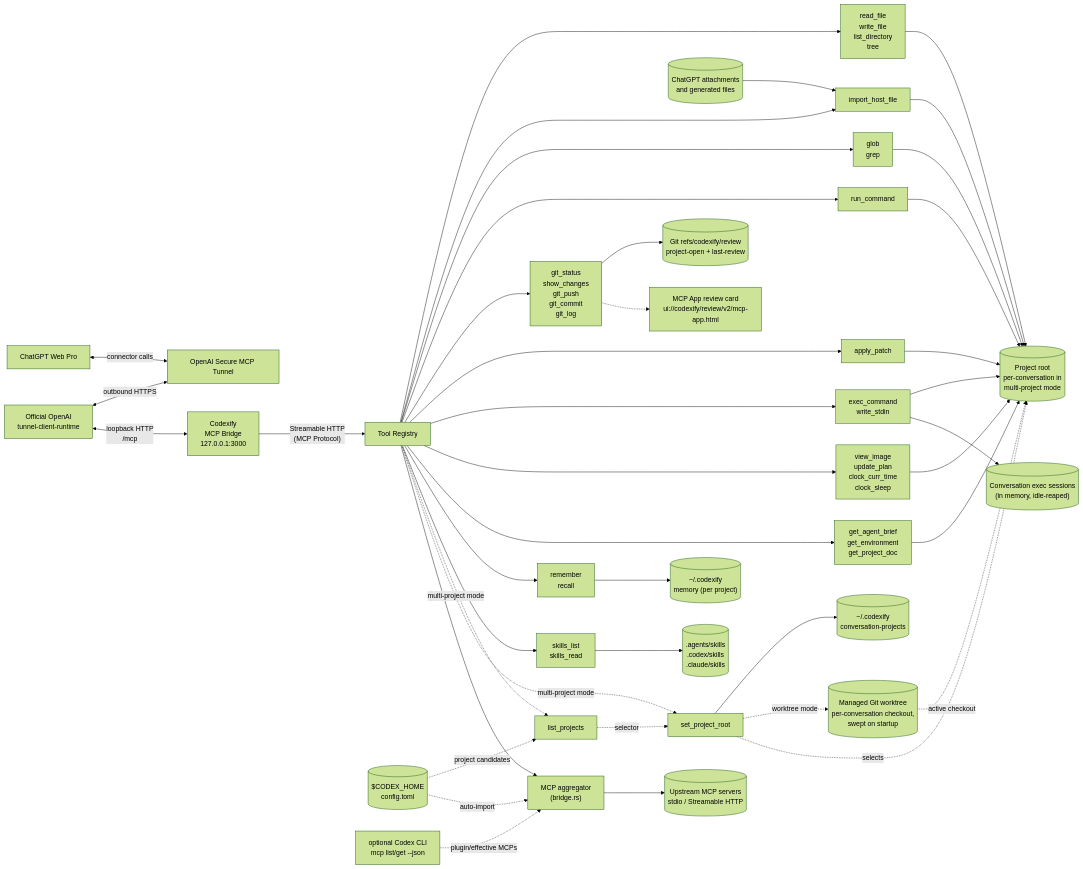
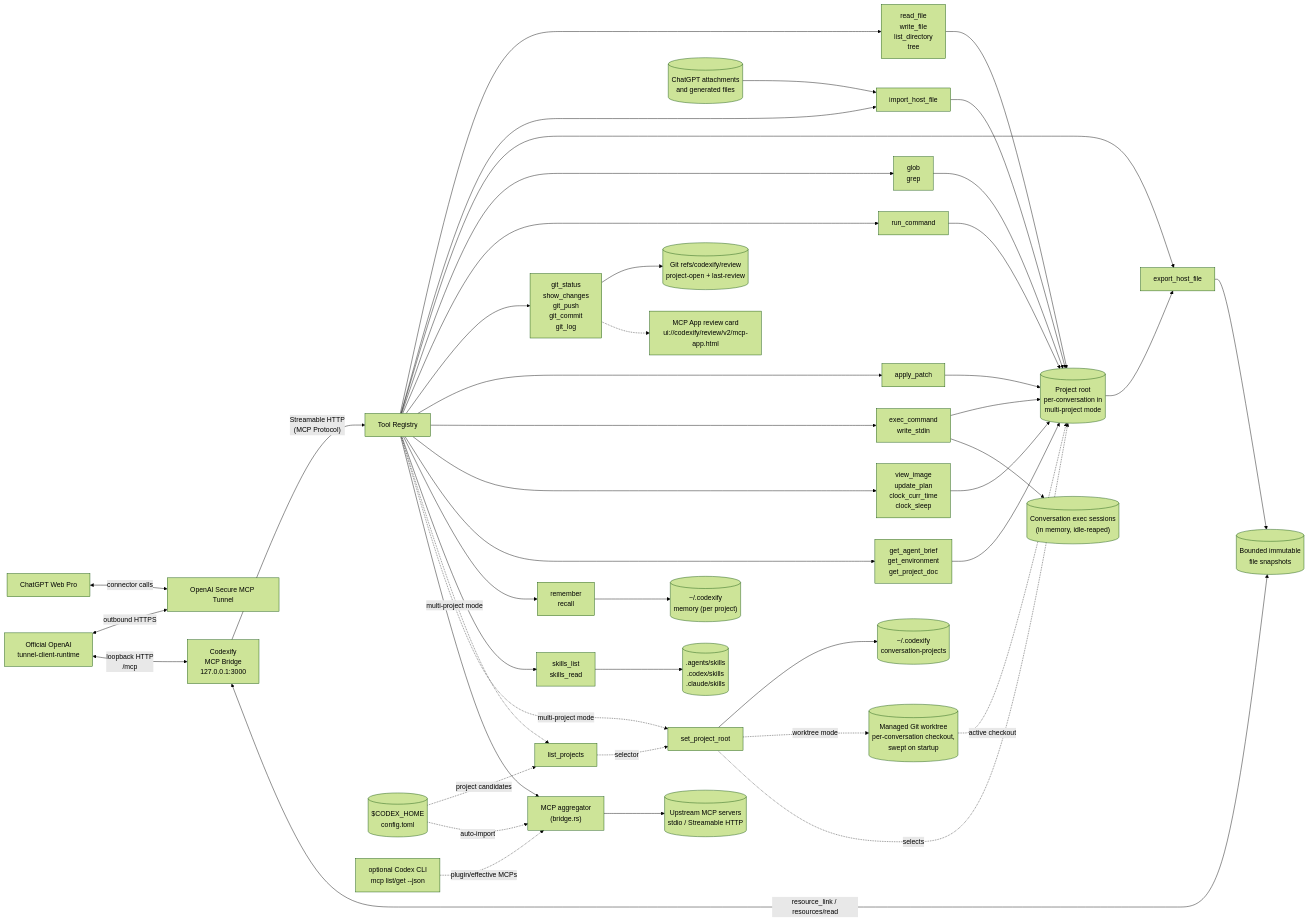
One commit to thesunwave/codexify changed the diagram in README.md. Above: the diagram before and after it, drawn with Mermaid (forest theme). The commit also changed other lines of this file and 20 other files, not shown here.

```diff
--- a/README.md
+++ b/README.md
@@ -24,6 +24,7 @@
 
     FS["read_file\nwrite_file\nlist_directory\ntree"]
     Ingress["import_host_file"]
+    Egress["export_host_file"]
     Search["glob\ngrep"]
     Shell["run_command"]
     Git["git_status\nshow_changes\ngit_push\ngit_commit\ngit_log"]
@@ -38,6 +39,7 @@
     Bridge["MCP aggregator\n(bridge.rs)"]
     WorkDir[("Project root\nper-conversation in\nmulti-project mode")]
     HostFiles[("ChatGPT attachments\nand generated files")]
+    ArtifactCache[("Bounded immutable\nfile snapshots")]
     State[("~/.codexify\nmemory (per project)")]
     Bindings[("~/.codexify\nconversation-projects")]
     Worktree[("Managed Git worktree\nper-conversation checkout,\nswept on startup")]
@@ -56,6 +58,7 @@
 
     Tools --> FS
     Tools --> Ingress
+    Tools --> Egress
     Tools --> Search
     Tools --> Shell
     Tools --> Git
@@ -72,6 +75,9 @@
     FS --> WorkDir
     HostFiles --> Ingress
     Ingress --> WorkDir
+    WorkDir --> Egress
+    Egress --> ArtifactCache
+    Server <-->|"resource_link / resources/read"| ArtifactCache
     Search --> WorkDir
     Shell --> WorkDir
     Edit --> WorkDir
```
